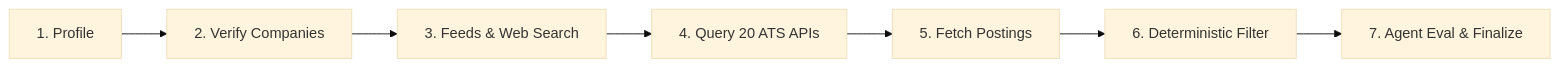
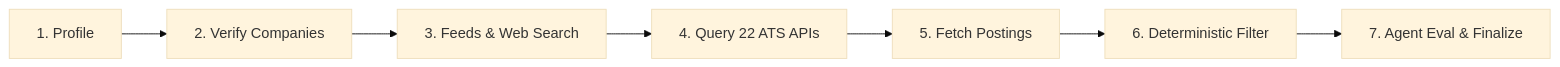
One commit to ERamaM/ULTRON changed the diagram in README.md. Above: the diagram before and after it, drawn with Mermaid (base theme). The commit also changed other lines of this file and 4 other files, not shown here.

````diff
--- a/README.md
+++ b/README.md
@@ -132,9 +132,9 @@
 ```mermaid
 flowchart LR
     P["1. Profile"] --> S["2. Verify Companies"]
     S --> D["3. Feeds & Web Search"]
-    D --> A["4. Query 20 ATS APIs"]
+    D --> A["4. Query 22 ATS APIs"]
     A --> F["5. Fetch Postings"]
     F --> H["6. Deterministic Filter"]
     H --> E["7. Agent Eval & Finalize"]
 ```
````
